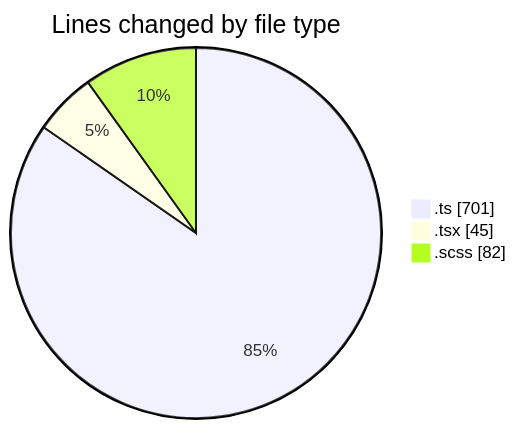
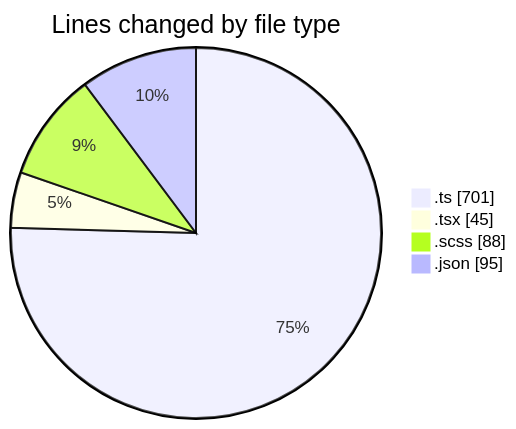
The first of 2 diagrams in 2026-10-29/cda/README.md (momahboobian/code-tracking), drawn with Mermaid before and after one commit. The commit also changed other lines of this file and 1 other file, not shown here.

````diff
--- a/2026-10-29/cda/README.md
+++ b/2026-10-29/cda/README.md
@@ -24,7 +25,8 @@
 ```mermaid
 pie showData
 title Lines changed by file type
 ".ts" : 701
 ".tsx" : 45
-".scss" : 82
+".scss" : 88
+".json" : 95
 ```
````
